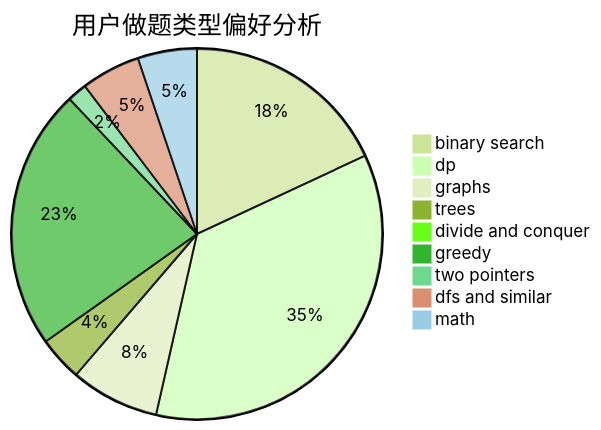
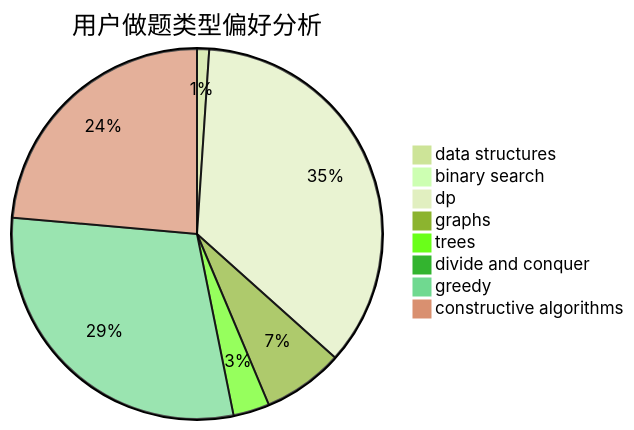
Before and after one commit to sherpahu/cfrs.github.io: the second of 3 diagrams in docs/user/u1919.md, drawn with Mermaid (forest theme). The commit also changed other lines of this file and 2775 other files, not shown here.

````diff
--- a/docs/user/u1919.md
+++ b/docs/user/u1919.md
@@ -23,12 +23,11 @@
 ```mermaid
 pie title 用户做题类型偏好分析
-    "binary search" :  84
-    "dp" :  165
-    "graphs" :  36
-    "trees" :  18
+    "data structures" :  3
+    "binary search" :  1
+    "dp" :  101
+    "graphs" :  20
+    "trees" :  9
     "divide and conquer" :  0
-    "greedy" :  106
-    "two pointers" :  8
-    "dfs and similar" :  24
-    "math" :  24
+    "greedy" :  84
+    "constructive algorithms" :  67
 ```
````
